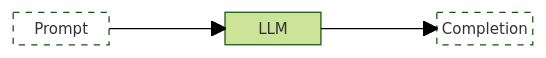
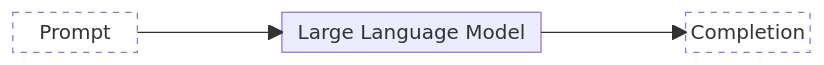
Before and after one commit to pve/hugo-site-dias: the diagram in content/book/diginfra/digital-inf-ai.md, drawn with Mermaid. The commit also changed other lines of this file and 32 other files, not shown here.

````diff
--- a/content/book/diginfra/digital-inf-ai.md
+++ b/content/book/diginfra/digital-inf-ai.md
@@ -36,16 +17,11 @@
 ```mermaid
-%%{ init: {
-    'theme': 'forest',
-    'themeVariables':
-        { 'fontSize': '12px'}
-} }%%
 block-beta
 
-space in space llm space out space
-in["Prompt"] --> llm["LLM"]
+space in space llm:2 space out space
+in["Prompt"] --> llm["Large Language Model"]
 llm--> out["Completion"]
 
 style in fill:#fff,color:#000,line:#000;stroke-width:0px,color:#000,stroke-dasharray: 5 5
 style out fill:#fff,color:#000,line:#000;stroke-width:0px,color:#000,stroke-dasharray: 5 5
    
 ```
````
